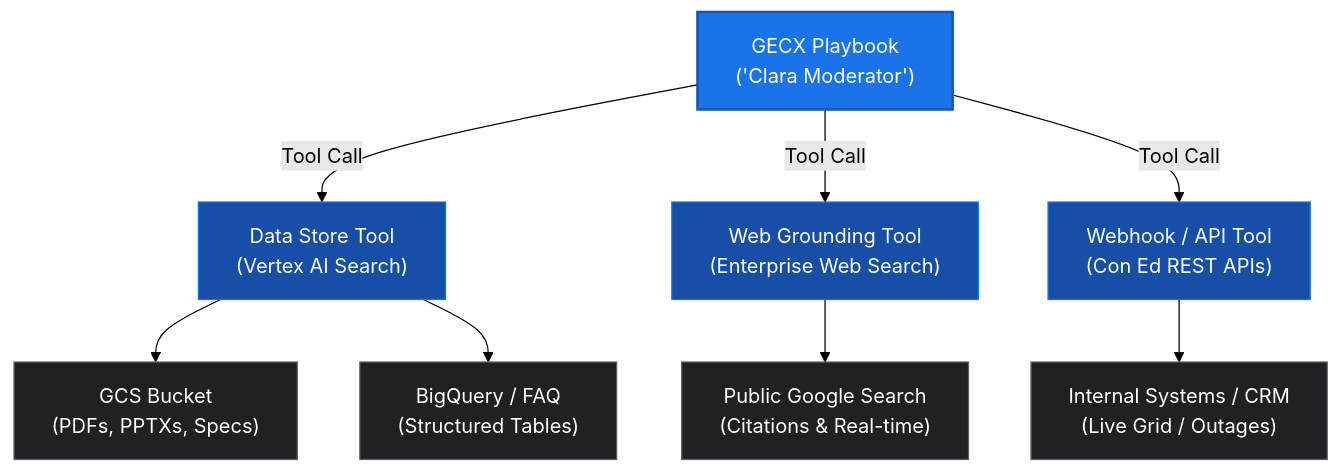
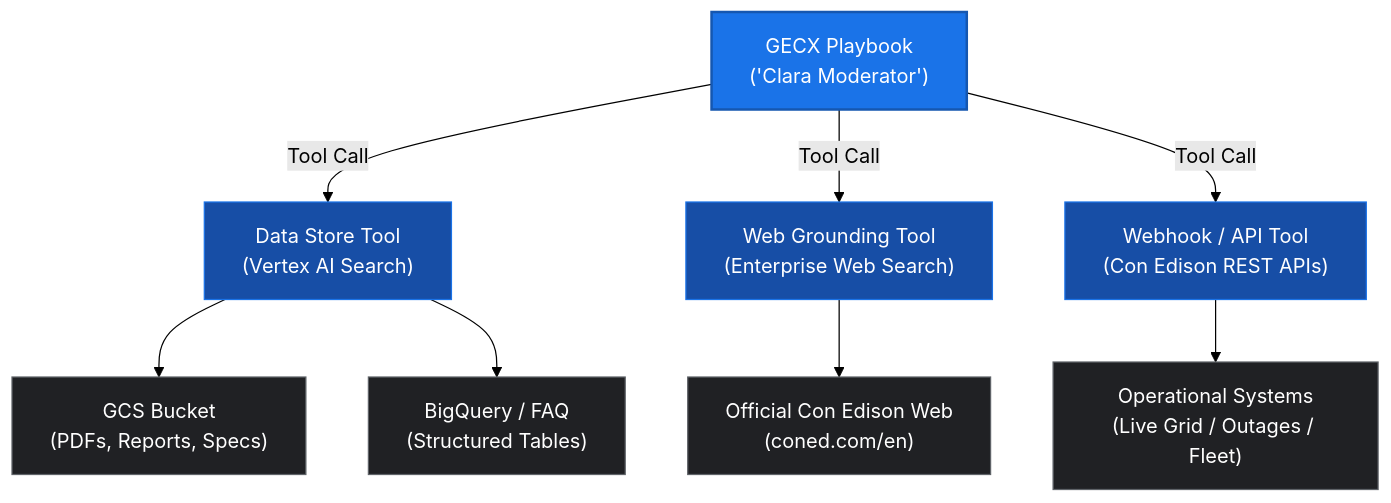
Before and after one commit to pparthas83/TechDay_AI_App: the diagram in README.md, drawn with Mermaid (forest theme). The commit also changed other lines of this file, not shown here.

````diff
--- a/README.md
+++ b/README.md
@@ -101,30 +86,30 @@
 ```mermaid
 flowchart TD
     Playbook["GECX Playbook<br>('Clara Moderator')"]
     
     DataStore["Data Store Tool<br>(Vertex AI Search)"]
     WebGrounding["Web Grounding Tool<br>(Enterprise Web Search)"]
-    WebhookTool["Webhook / API Tool<br>(Con Ed REST APIs)"]
+    WebhookTool["Webhook / API Tool<br>(Con Edison REST APIs)"]
     
-    GCS["GCS Bucket<br>(PDFs, PPTXs, Specs)"]
+    GCS["GCS Bucket<br>(PDFs, Reports, Specs)"]
     BQ["BigQuery / FAQ<br>(Structured Tables)"]
-    GoogleSearch["Public Google Search<br>(Citations & Real-time)"]
-    CRM["Internal Systems / CRM<br>(Live Grid / Outages)"]
+    ConEdWeb["Official Con Edison Web<br>(coned.com/en)"]
+    GridTelemetry["Operational Systems<br>(Live Grid / Outages / Fleet)"]
 
     Playbook -->|"Tool Call"| DataStore
     Playbook -->|"Tool Call"| WebGrounding
     Playbook -->|"Tool Call"| WebhookTool
 
     DataStore --> GCS
     DataStore --> BQ
-    WebGrounding --> GoogleSearch
-    WebhookTool --> CRM
+    WebGrounding --> ConEdWeb
+    WebhookTool --> GridTelemetry
 
     classDef primary fill:#1a73e8,stroke:#1557b0,color:#ffffff,stroke-width:2px;
     classDef tool fill:#174ea6,stroke:#1a73e8,color:#ffffff;
     classDef repo fill:#202124,stroke:#5f6368,color:#ffffff;
 
     class Playbook primary;
     class DataStore,WebGrounding,WebhookTool tool;
-    class GCS,BQ,GoogleSearch,CRM repo;
+    class GCS,BQ,ConEdWeb,GridTelemetry repo;
 ```
````
